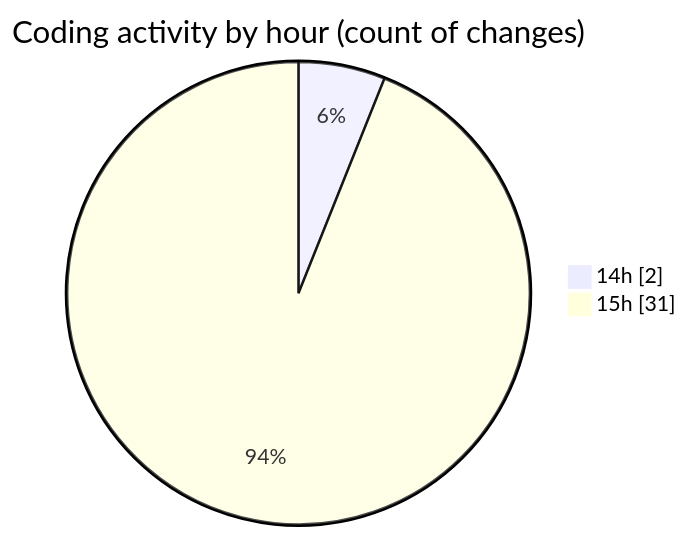
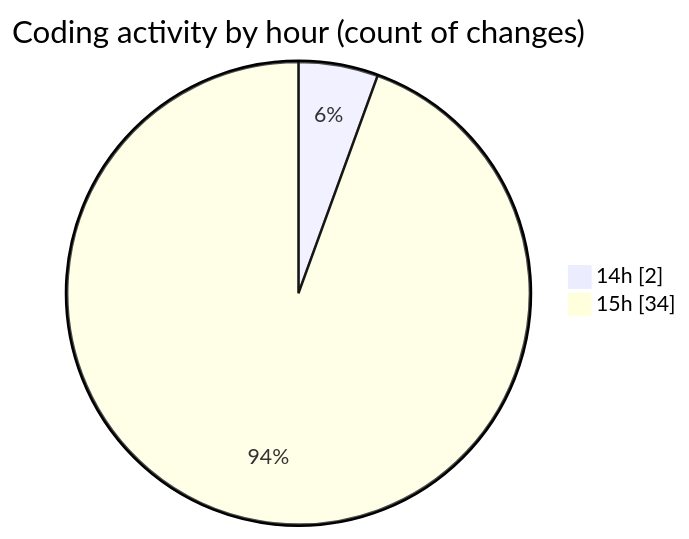
The second of 2 diagrams in 2026-07-15/cda/README.md (momahboobian/code-tracking), drawn with Mermaid before and after one commit. The commit also changed other lines of this file and 1 other file, not shown here.

````diff
--- a/2026-07-15/cda/README.md
+++ b/2026-07-15/cda/README.md
@@ -61,6 +61,6 @@
 ```mermaid
 pie showData
 title Coding activity by hour (count of changes)
 "14h" : 2
-"15h" : 31
+"15h" : 34
 ```
````
